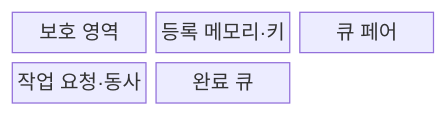
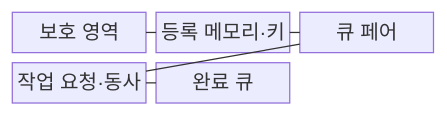
Before and after one commit to agnusdei1207/knowledge-base: the first of 2 diagrams in src/content/docs/notes/08-latest-tech/152_rdma.md, drawn with Mermaid. The commit also changed other lines of this file and 228 other files, not shown here.

````diff
--- a/src/content/docs/notes/08-latest-tech/152_rdma.md
+++ b/src/content/docs/notes/08-latest-tech/152_rdma.md
@@ -50,9 +50,13 @@
 ```mermaid
 block-beta
     columns 3
     P["보호 영역"]
     M["등록 메모리·키"]
     Q["큐 페어"]
     V["작업 요청·동사"]
     C["완료 큐"]
+    P --- M
+    M --- Q
+    Q --- V
+    V --- C
 ```
````
